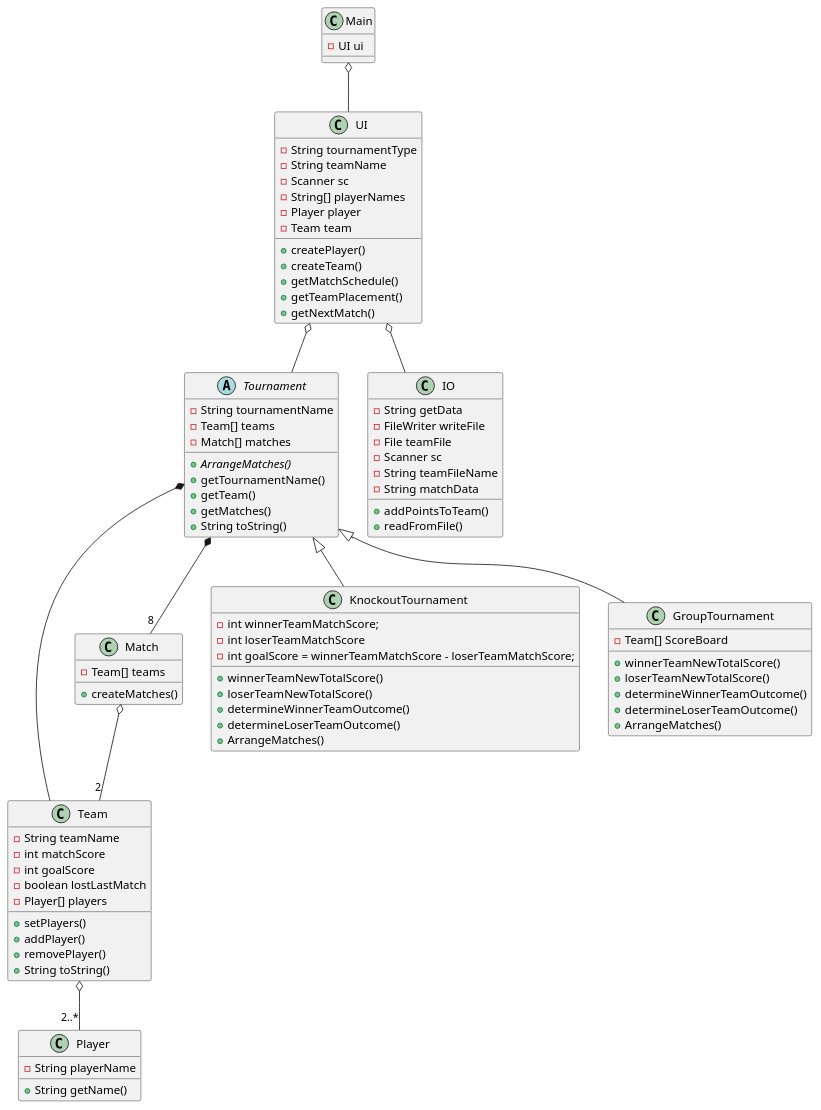
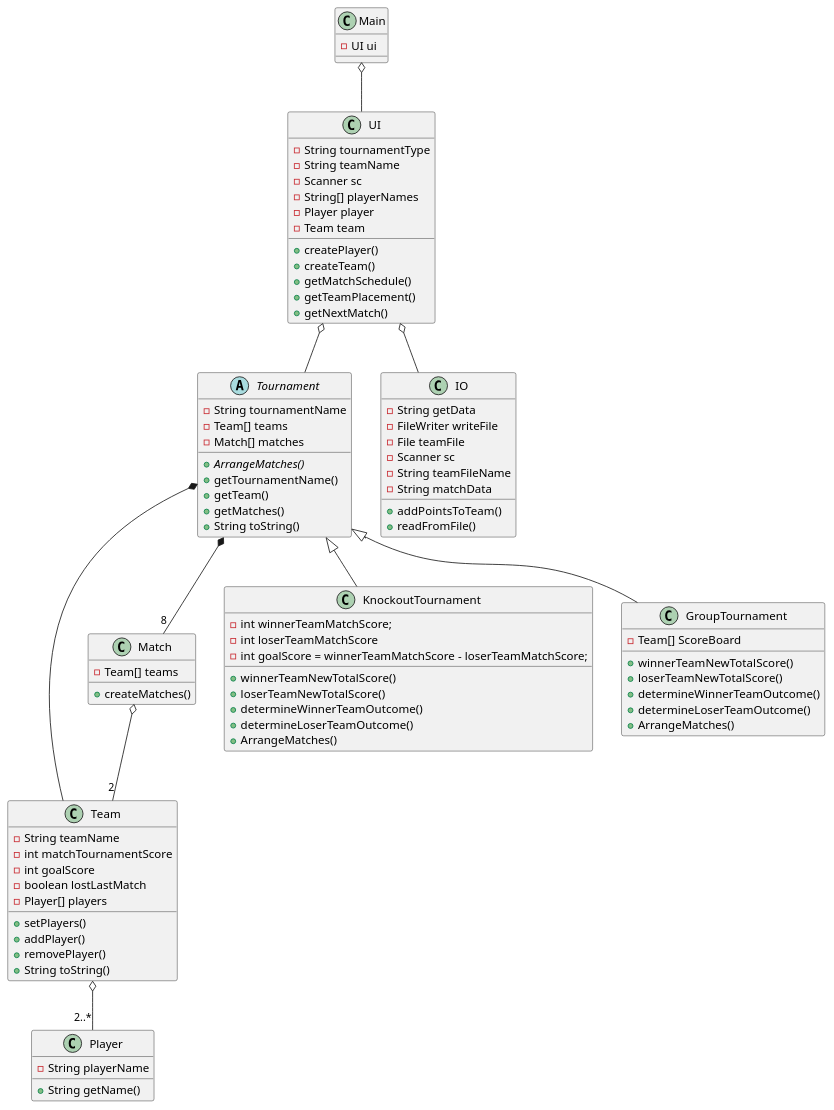
Before and after one commit to DeRp-DaWg/SP3: the diagram in doc/Class.puml, drawn with PlantUML.

Commit message:
Lavet af Andreas

```diff
--- a/doc/Class.puml
+++ b/doc/Class.puml
@@ -1,97 +1,97 @@
 @startuml
 'https://plantuml.com/class-diagram
 
 class Main{
 -UI ui
 }
 
 class Player {
 -String playerName
 +String getName()
 }
 
 class Team {
 -String teamName
--int matchScore
+-int matchTournamentScore
 -int goalScore
 -boolean lostLastMatch
 -Player[] players
 +setPlayers()
 +addPlayer()
 +removePlayer()
 +String toString()
 }
 
 class Match{
 -Team[] teams
 +createMatches()
 }
 
 abstract Tournament {
 -String tournamentName
 -Team[] teams
 -Match[] matches
 +{abstract}ArrangeMatches()
 +getTournamentName()
 +getTeam()
 +getMatches()
 +String toString()
 }
 
 class KnockoutTournament{
 -int winnerTeamMatchScore;
 -int loserTeamMatchScore
 -int goalScore = winnerTeamMatchScore - loserTeamMatchScore;
 
 +winnerTeamNewTotalScore()
 +loserTeamNewTotalScore()
 +determineWinnerTeamOutcome()
 +determineLoserTeamOutcome()
 +ArrangeMatches()
 }
 
 class GroupTournament{
 -Team[] ScoreBoard
 +winnerTeamNewTotalScore()
 +loserTeamNewTotalScore()
 +determineWinnerTeamOutcome()
 +determineLoserTeamOutcome()
 +ArrangeMatches()
 }
 
 class UI {
 -String tournamentType
 -String teamName
 -Scanner sc
 -String[] playerNames
 -Player player
 -Team team
 +createPlayer()
 +createTeam()
 +getMatchSchedule()
 +getTeamPlacement()
 +getNextMatch()
 }
 
 class IO {
 -String getData
 -FileWriter writeFile
 -File teamFile
 -Scanner sc
 -String teamFileName
 -String matchData
 +addPointsToTeam()
 +readFromFile()
 }
 
 
 UI o-- Tournament
 UI o-- IO
 Tournament *-- "8" Match
 Tournament *-- Team
 Match o-- "2" Team
 Team o-- "2..*" Player
 Tournament <|-- KnockoutTournament
 Tournament <|-- GroupTournament
 Main o-- UI
 @enduml
```
